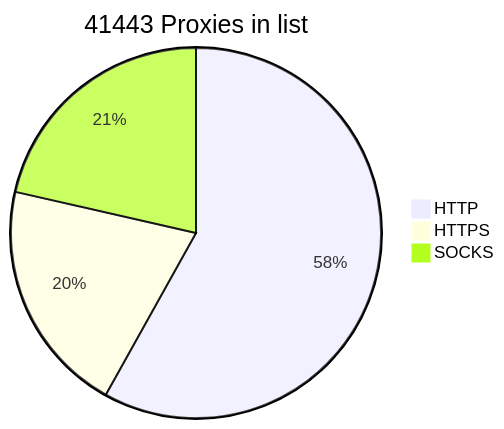
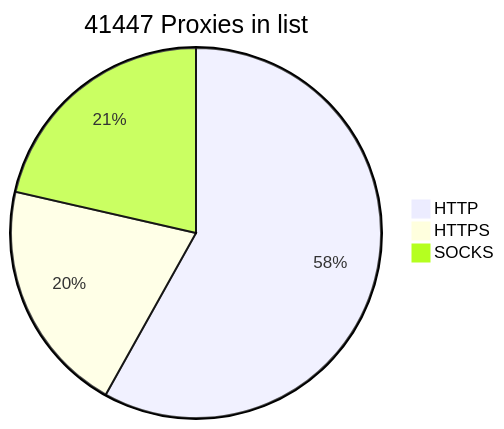
One commit to BlackSnowDot/proxylist-update-every-minute changed the diagram in README.md. Above: the diagram before and after it, drawn with Mermaid.

````diff
--- a/README.md
+++ b/README.md
@@ -2,6 +2,6 @@
 ```mermaid
-pie title 41443 Proxies in list
-    "HTTP" : 27862
+pie title 41447 Proxies in list
+    "HTTP" : 27870
     "HTTPS": 9818
     "SOCKS" : 10278
 ```
````
